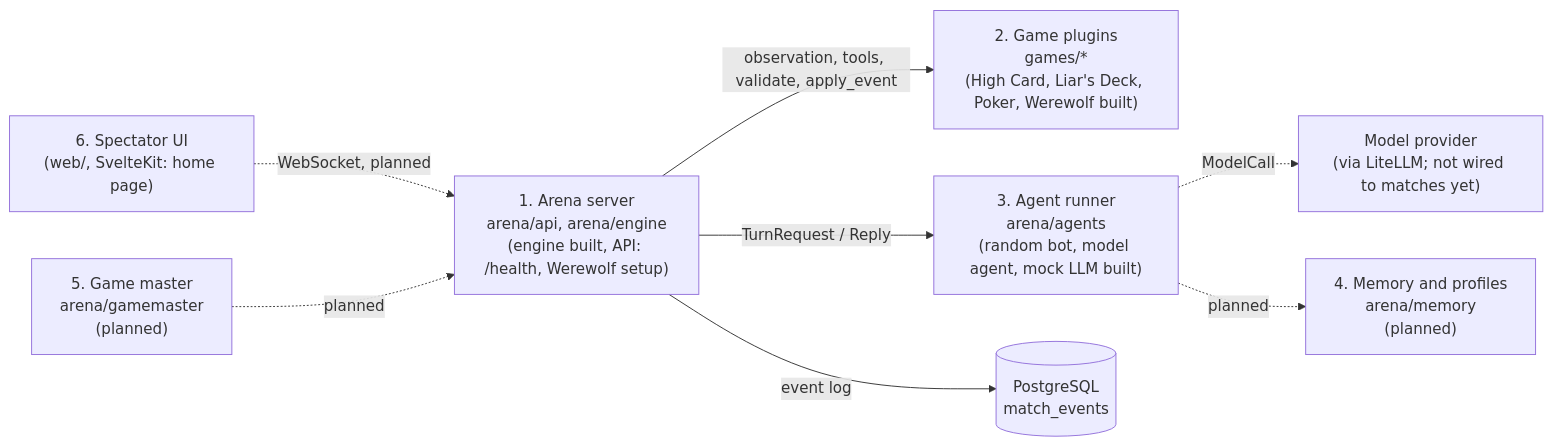
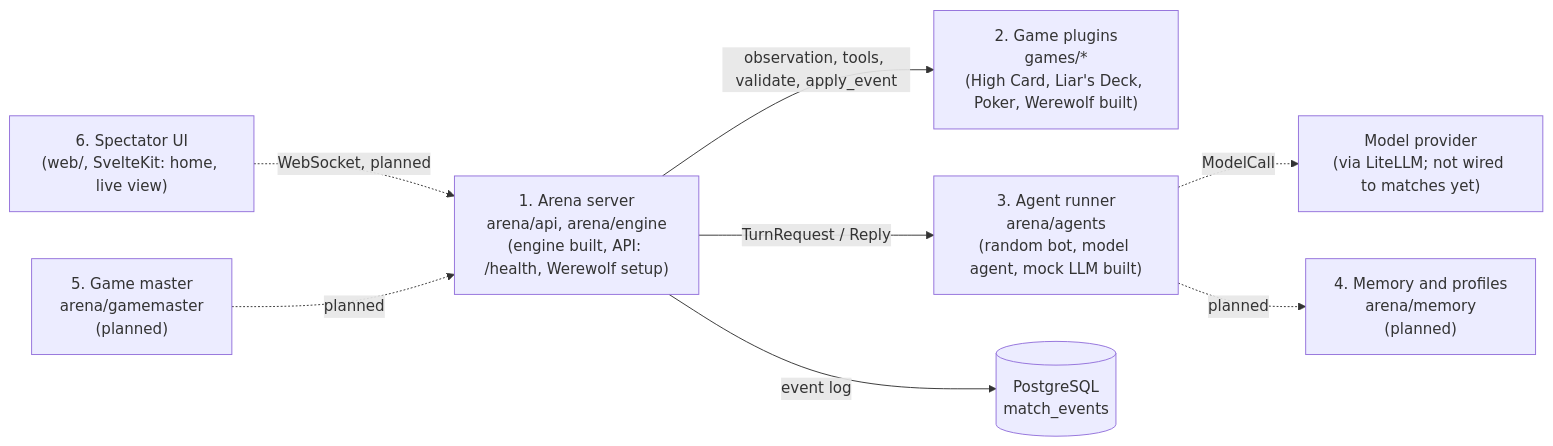
The first of 4 diagrams in docs/ARCHITECTURE.md (NwebNotFound/aigameversus), drawn with Mermaid before and after one commit. The commit also changed other lines of this file and 17 other files, not shown here.

Commit message:
feat(web): live view of a match: board, public and behind-the-scenes columns, controls (step 5.2)

````diff
--- a/docs/ARCHITECTURE.md
+++ b/docs/ARCHITECTURE.md
@@ -8,18 +8,18 @@
 ```mermaid
 flowchart LR
-    UI["6. Spectator UI<br/>(web/, SvelteKit: home page)"]
+    UI["6. Spectator UI<br/>(web/, SvelteKit: home, live view)"]
     SRV["1. Arena server<br/>arena/api, arena/engine<br/>(engine built, API: /health, Werewolf setup)"]
     PLG["2. Game plugins<br/>games/*<br/>(High Card, Liar's Deck, Poker, Werewolf built)"]
     AGT["3. Agent runner<br/>arena/agents<br/>(random bot, model agent, mock LLM built)"]
     LLM["Model provider<br/>(via LiteLLM; not wired to matches yet)"]
     MEM["4. Memory and profiles<br/>arena/memory<br/>(planned)"]
     GM["5. Game master<br/>arena/gamemaster<br/>(planned)"]
     DB[("PostgreSQL<br/>match_events")]
     UI -. "WebSocket, planned" .-> SRV
     SRV -->|"observation, tools, validate, apply_event"| PLG
     SRV -->|"TurnRequest / Reply"| AGT
     AGT -. "ModelCall" .-> LLM
     AGT -. "planned" .-> MEM
     GM -. "planned" .-> SRV
     SRV -->|"event log"| DB
 ```
````
